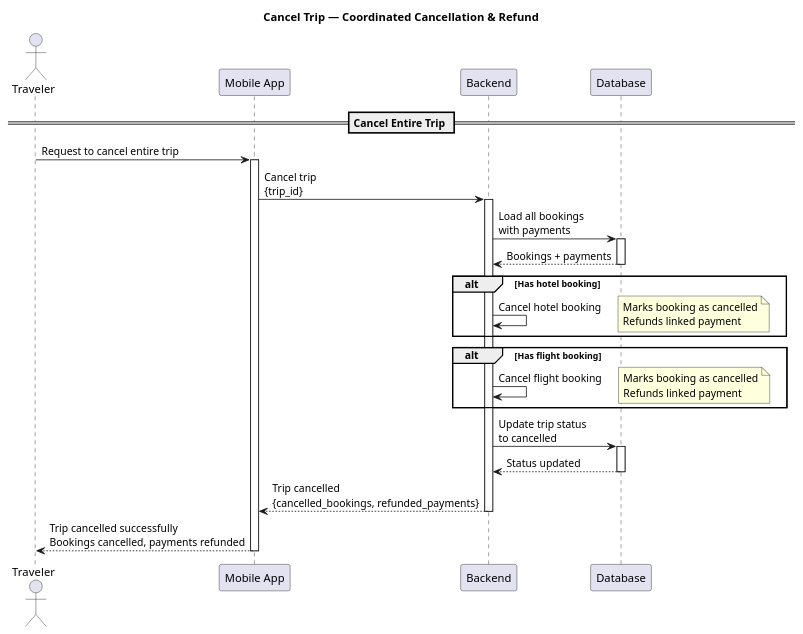
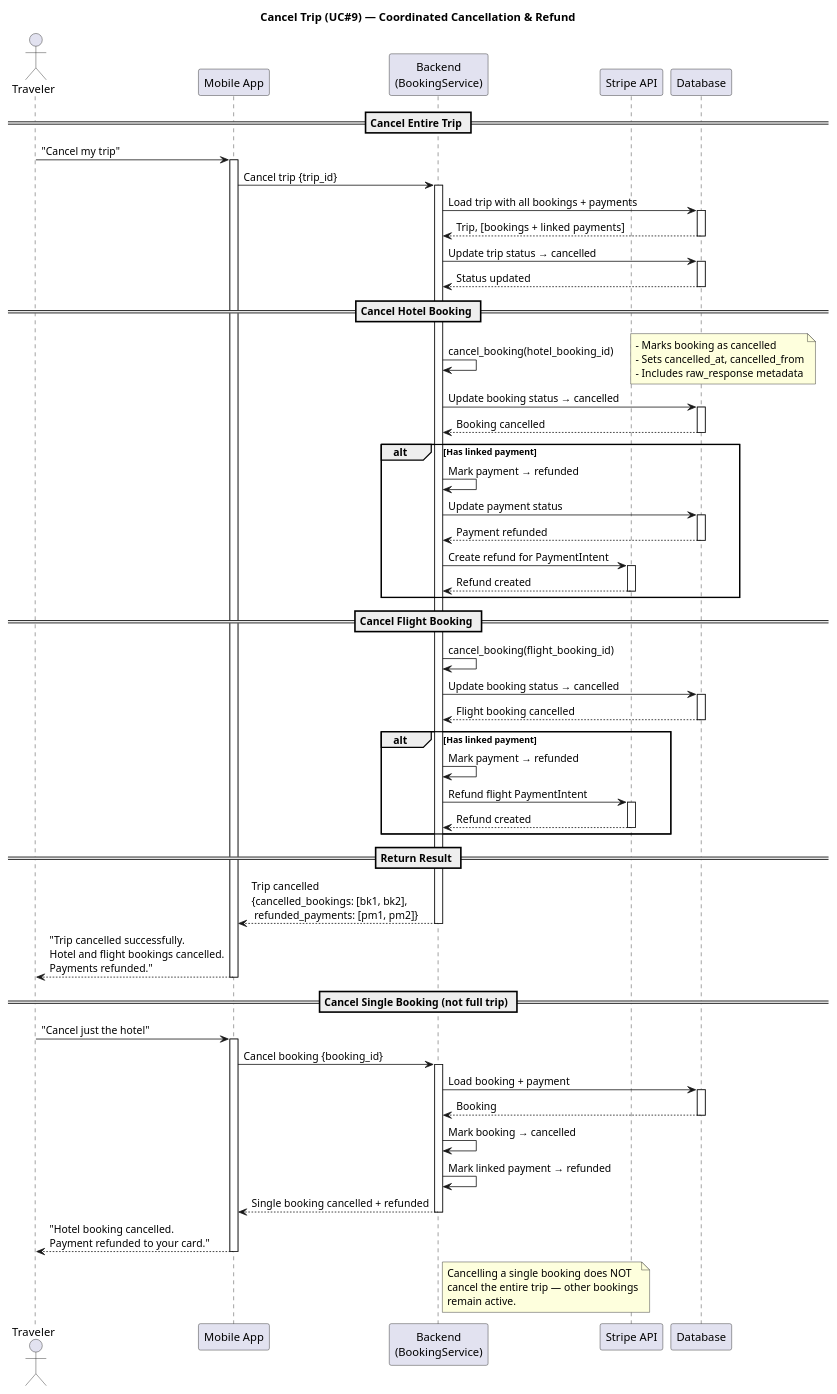
One commit to AbdelrahmanMostafa33/TourMate-AI changed the diagram in docs/Diagrams/sequence_trip_cancellation.puml. Above: the diagram before and after it, drawn with PlantUML. The commit also changed 50 other files, not shown here.

First line of the commit message:
docs: refresh diagrams and add app screenshots

```diff
--- a/docs/Diagrams/sequence_trip_cancellation.puml
+++ b/docs/Diagrams/sequence_trip_cancellation.puml
@@ -1,49 +1,107 @@
 @startuml Trip_Cancellation_Flow
-title Cancel Trip — Coordinated Cancellation & Refund
+title Cancel Trip (UC#9) — Coordinated Cancellation & Refund
 
 actor Traveler
 participant "Mobile App" as App
-participant "Backend" as Backend
+participant "Backend\n(BookingService)" as Backend
+participant "Stripe API" as Stripe
 participant "Database" as DB
 
 == Cancel Entire Trip ==
 
-Traveler -> App: Request to cancel entire trip
+Traveler -> App: "Cancel my trip"
 activate App
 
-App -> Backend: Cancel trip\n{trip_id}
+App -> Backend: Cancel trip {trip_id}
 activate Backend
 
-Backend -> DB: Load all bookings\nwith payments
+Backend -> DB: Load trip with all bookings + payments
 activate DB
-DB --> Backend: Bookings + payments
+DB --> Backend: Trip, [bookings + linked payments]
 deactivate DB
 
-alt Has hotel booking
-  Backend -> Backend: Cancel hotel booking
-  note right
-    Marks booking as cancelled
-    Refunds linked payment
-  end note
-end
-
-alt Has flight booking
-  Backend -> Backend: Cancel flight booking
-  note right
-    Marks booking as cancelled
-    Refunds linked payment
-  end note
-end
-
-Backend -> DB: Update trip status\nto cancelled
+Backend -> DB: Update trip status → cancelled
 activate DB
 DB --> Backend: Status updated
 deactivate DB
 
-Backend --> App: Trip cancelled\n{cancelled_bookings, refunded_payments}
+== Cancel Hotel Booking ==
+
+Backend -> Backend: cancel_booking(hotel_booking_id)
+note right
+  - Marks booking as cancelled
+  - Sets cancelled_at, cancelled_from
+  - Includes raw_response metadata
+end note
+
+Backend -> DB: Update booking status → cancelled
+activate DB
+DB --> Backend: Booking cancelled
+deactivate DB
+
+alt Has linked payment
+  Backend -> Backend: Mark payment → refunded
+  Backend -> DB: Update payment status
+  activate DB
+  DB --> Backend: Payment refunded
+  deactivate DB
+
+  Backend -> Stripe: Create refund for PaymentIntent
+  activate Stripe
+  Stripe --> Backend: Refund created
+  deactivate Stripe
+end
+
+== Cancel Flight Booking ==
+
+Backend -> Backend: cancel_booking(flight_booking_id)
+Backend -> DB: Update booking status → cancelled
+activate DB
+DB --> Backend: Flight booking cancelled
+deactivate DB
+
+alt Has linked payment
+  Backend -> Backend: Mark payment → refunded
+  Backend -> Stripe: Refund flight PaymentIntent
+  activate Stripe
+  Stripe --> Backend: Refund created
+  deactivate Stripe
+end
+
+== Return Result ==
+
+Backend --> App: Trip cancelled\n{cancelled_bookings: [bk1, bk2],\n refunded_payments: [pm1, pm2]}
 deactivate Backend
 
-App --> Traveler: Trip cancelled successfully\nBookings cancelled, payments refunded
+App --> Traveler: "Trip cancelled successfully.\nHotel and flight bookings cancelled.\nPayments refunded."
 deactivate App
 
+== Cancel Single Booking (not full trip) ==
+
+Traveler -> App: "Cancel just the hotel"
+activate App
+
+App -> Backend: Cancel booking {booking_id}
+activate Backend
+
+Backend -> DB: Load booking + payment
+activate DB
+DB --> Backend: Booking
+deactivate DB
+
+Backend -> Backend: Mark booking → cancelled
+Backend -> Backend: Mark linked payment → refunded
+
+Backend --> App: Single booking cancelled + refunded
+deactivate Backend
+
+App --> Traveler: "Hotel booking cancelled.\nPayment refunded to your card."
+deactivate App
+
+Note right of Backend
+  Cancelling a single booking does NOT
+  cancel the entire trip — other bookings
+  remain active.
+end note
+
 @enduml
```
